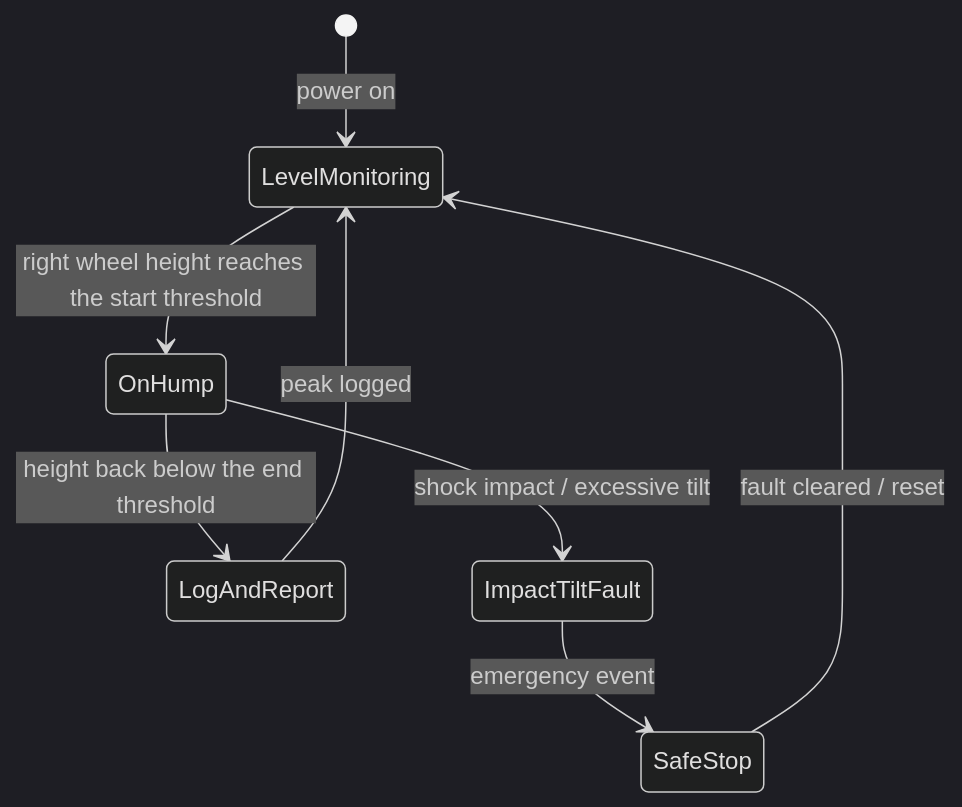
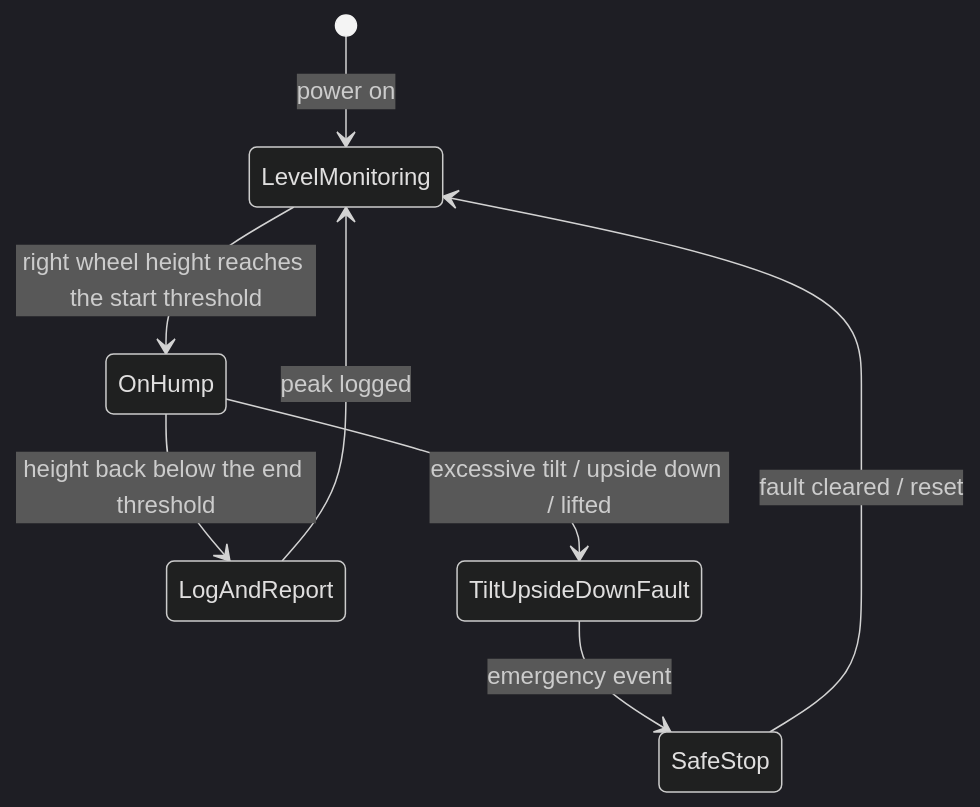
Before and after one commit to 10x-Slackers/INF2004: the fifth of 5 diagrams in docs/ARCHITECTURE.md, drawn with Mermaid (dark theme). The commit also changed other lines of this file and 28 other files, not shown here.

First line of the commit message:
feat: stop when the car is lifted or turned upside down, replacing the impact fault (#42)

````diff
--- a/docs/ARCHITECTURE.md
+++ b/docs/ARCHITECTURE.md
@@ -239,10 +239,10 @@
 ```mermaid
 stateDiagram-v2
     [*] --> LevelMonitoring: power on
     LevelMonitoring --> OnHump: right wheel height reaches the start threshold
     OnHump --> LogAndReport: height back below the end threshold
     LogAndReport --> LevelMonitoring: peak logged
-    OnHump --> ImpactTiltFault: shock impact / excessive tilt
-    ImpactTiltFault --> SafeStop: emergency event
+    OnHump --> TiltUpsideDownFault: excessive tilt / upside down / lifted
+    TiltUpsideDownFault --> SafeStop: emergency event
     SafeStop --> LevelMonitoring: fault cleared / reset
 ```
````
